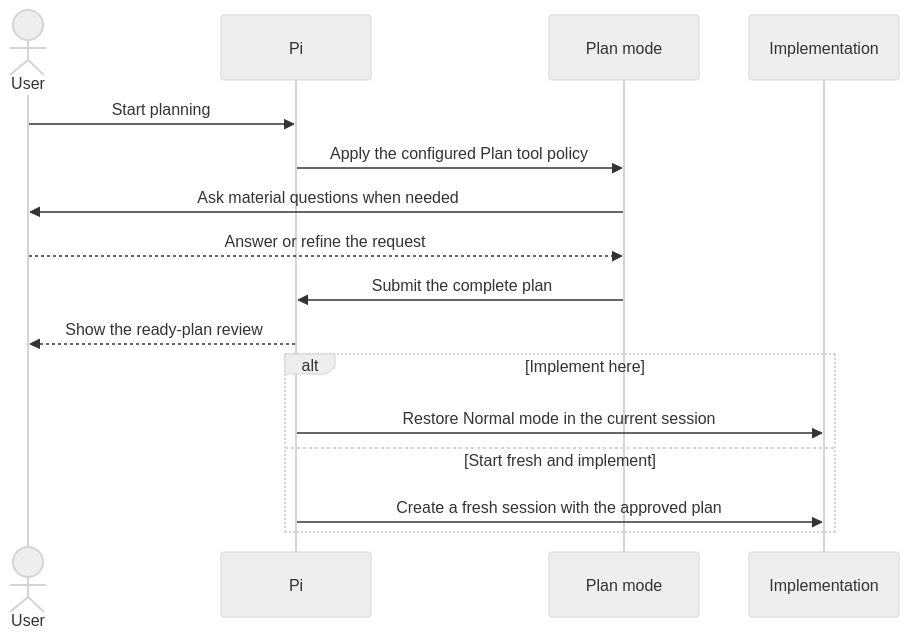
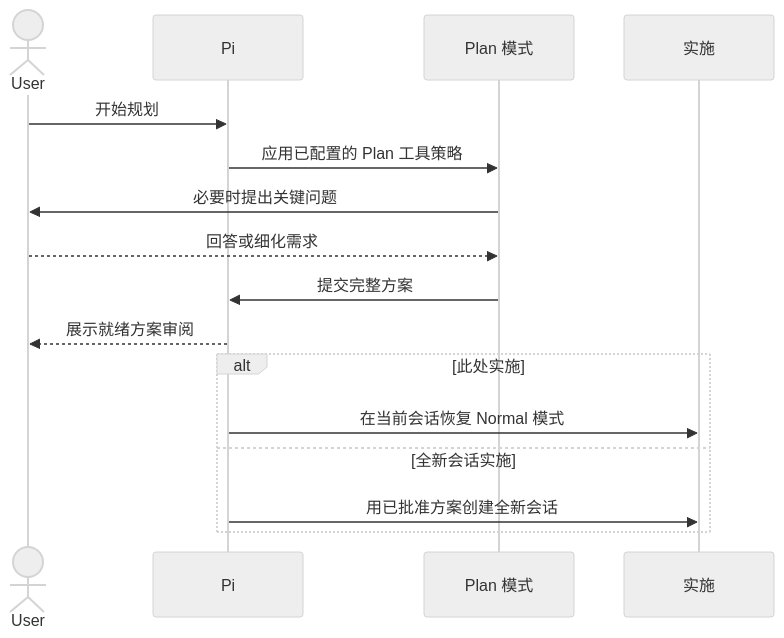
One commit to EightDoor/pi-plan-mode-autoswitch changed the second of 2 diagrams in README.md. Above: the diagram before and after it, drawn with Mermaid (neutral theme). The commit also changed other lines of this file and 3 other files, not shown here.

````diff
--- a/README.md
+++ b/README.md
@@ -74,19 +74,19 @@
 ```mermaid
 sequenceDiagram
     actor User
     participant Pi
-    participant Plan as Plan mode
-    participant Work as Implementation
+    participant Plan as Plan 模式
+    participant Work as 实施
 
-    User->>Pi: Start planning
-    Pi->>Plan: Apply the configured Plan tool policy
-    Plan->>User: Ask material questions when needed
-    User-->>Plan: Answer or refine the request
-    Plan->>Pi: Submit the complete plan
-    Pi-->>User: Show the ready-plan review
-    alt Implement here
-        Pi->>Work: Restore Normal mode in the current session
-    else Start fresh and implement
-        Pi->>Work: Create a fresh session with the approved plan
+    User->>Pi: 开始规划
+    Pi->>Plan: 应用已配置的 Plan 工具策略
+    Plan->>User: 必要时提出关键问题
+    User-->>Plan: 回答或细化需求
+    Plan->>Pi: 提交完整方案
+    Pi-->>User: 展示就绪方案审阅
+    alt 此处实施
+        Pi->>Work: 在当前会话恢复 Normal 模式
+    else 全新会话实施
+        Pi->>Work: 用已批准方案创建全新会话
     end
 ```
````
